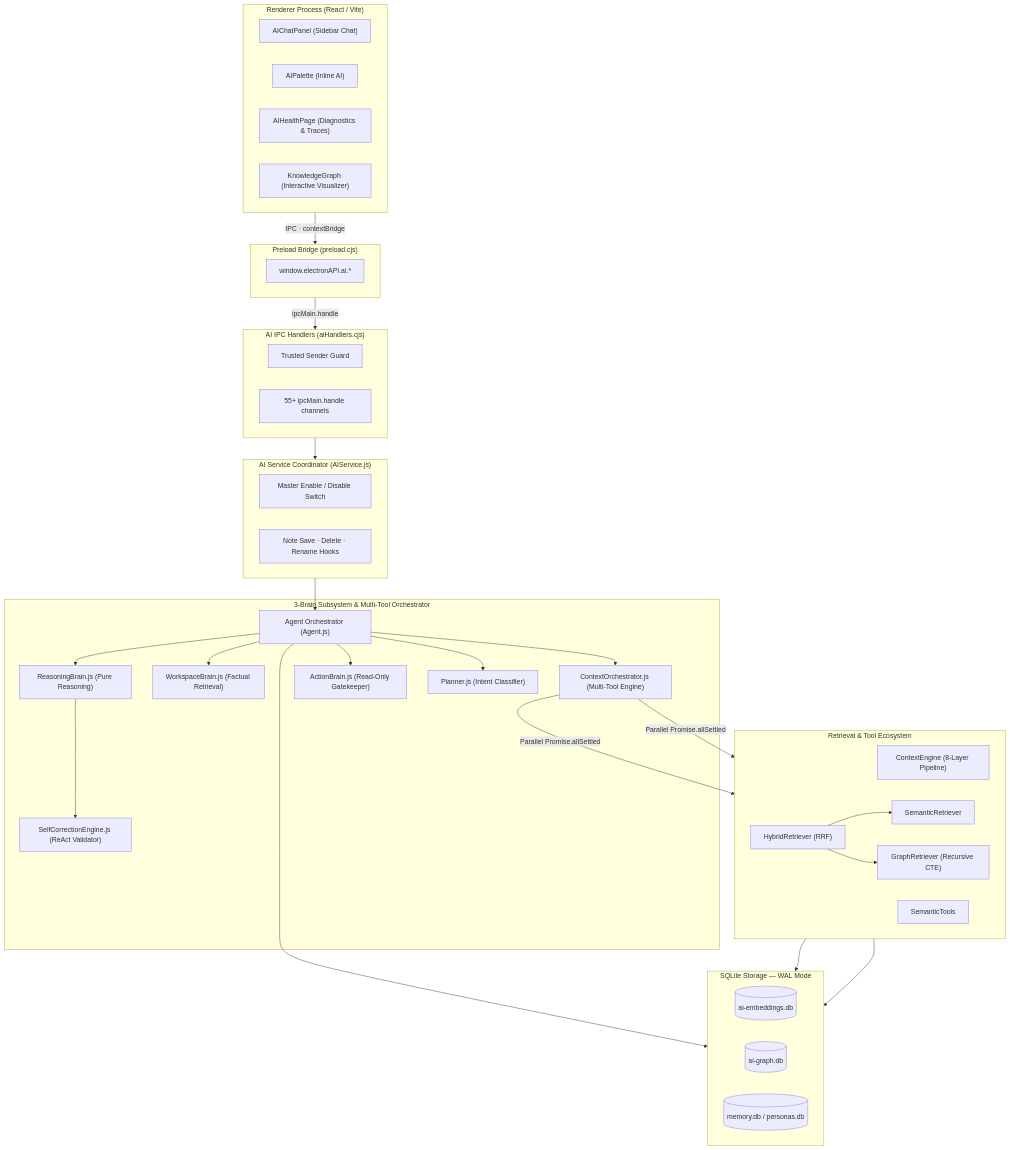
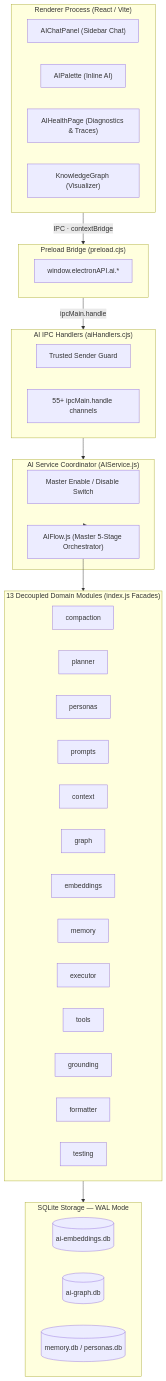
One commit to TheNotelyApp/Notely changed the diagram in docs/ai/architecture.md. Above: the diagram before and after it, drawn with Mermaid. The commit also changed other lines of this file and 2 other files, not shown here.

Commit message:
docs(ai): update VitePress documentation for 13-domain facade architecture and flow telemetry

````diff
--- a/docs/ai/architecture.md
+++ b/docs/ai/architecture.md
@@ -18,61 +18,49 @@
 ```mermaid
 flowchart TD
     subgraph Renderer["Renderer Process (React / Vite)"]
         direction LR
-        AICP["AIChatPanel (Sidebar Chat)"] & AIP["AIPalette (Inline AI)"] & AIH["AIHealthPage (Diagnostics & Traces)"] & KGV["KnowledgeGraph (Interactive Visualizer)"]
+        AICP["AIChatPanel (Sidebar Chat)"] & AIP["AIPalette (Inline AI)"] & AIH["AIHealthPage (Diagnostics & Traces)"] & KGV["KnowledgeGraph (Visualizer)"]
     end
 
     subgraph Preload["Preload Bridge (preload.cjs)"]
         CB["window.electronAPI.ai.*"]
     end
 
     subgraph Handlers["AI IPC Handlers (aiHandlers.cjs)"]
         TRUST["Trusted Sender Guard"]
         CHAN["55+ ipcMain.handle channels"]
     end
 
     subgraph AIService["AI Service Coordinator (AIService.js)"]
         SW["Master Enable / Disable Switch"]
-        HOOKS["Note Save · Delete · Rename Hooks"]
+        AIFLOW["AIFlow.js (Master 5-Stage Orchestrator)"]
     end
 
-    subgraph Core ["3-Brain Subsystem & Multi-Tool Orchestrator"]
-        Agent["Agent Orchestrator (Agent.js)"]
-        Orchestrator["ContextOrchestrator.js (Multi-Tool Engine)"]
-        WB["WorkspaceBrain.js (Factual Retrieval)"]
-        RB["ReasoningBrain.js (Pure Reasoning)"]
-        AB["ActionBrain.js (Read-Only Gatekeeper)"]
-        PLN["Planner.js (Intent Classifier)"]
-        SCE["SelfCorrectionEngine.js (ReAct Validator)"]
-    end
-
-    subgraph Retrieval ["Retrieval & Tool Ecosystem"]
-        direction LR
-        CE["ContextEngine (8-Layer Pipeline)"] & HR["HybridRetriever (RRF)"] & SR["SemanticRetriever"] & GR["GraphRetriever (Recursive CTE)"] & ST["SemanticTools"]
+    subgraph Domains ["13 Decoupled Domain Modules (index.js Facades)"]
+        COMP["compaction"]
+        PLAN["planner"]
+        PERS["personas"]
+        PROM["prompts"]
+        CTX["context"]
+        GRAPH["graph"]
+        EMB["embeddings"]
+        MEM["memory"]
+        EXEC["executor"]
+        TOOL["tools"]
+        GND["grounding"]
+        FMT["formatter"]
+        TEST["testing"]
     end
 
     subgraph Storage ["SQLite Storage — WAL Mode"]
         direction LR
         EMBDB[("ai-embeddings.db")] & GRDB[("ai-graph.db")] & MEMDB[("memory.db / personas.db")]
     end
 
     Renderer -->|"IPC · contextBridge"| Preload
     Preload -->|"ipcMain.handle"| Handlers
     Handlers --> AIService
-    AIService --> Agent
-
-    Agent --> Orchestrator
-    Agent --> WB
-    Agent --> RB
-    Agent --> AB
-    Agent --> PLN
-
-    Orchestrator -->|"Parallel Promise.allSettled"| ST & HR
-    HR --> SR & GR
-
-    SR --> EMBDB
-    GR --> GRDB
-    Agent --> MEMDB
-    
-    RB --> SCE
+    AIService --> AIFLOW
+    AIFLOW --> Domains
+    Domains --> Storage
 ```
````
